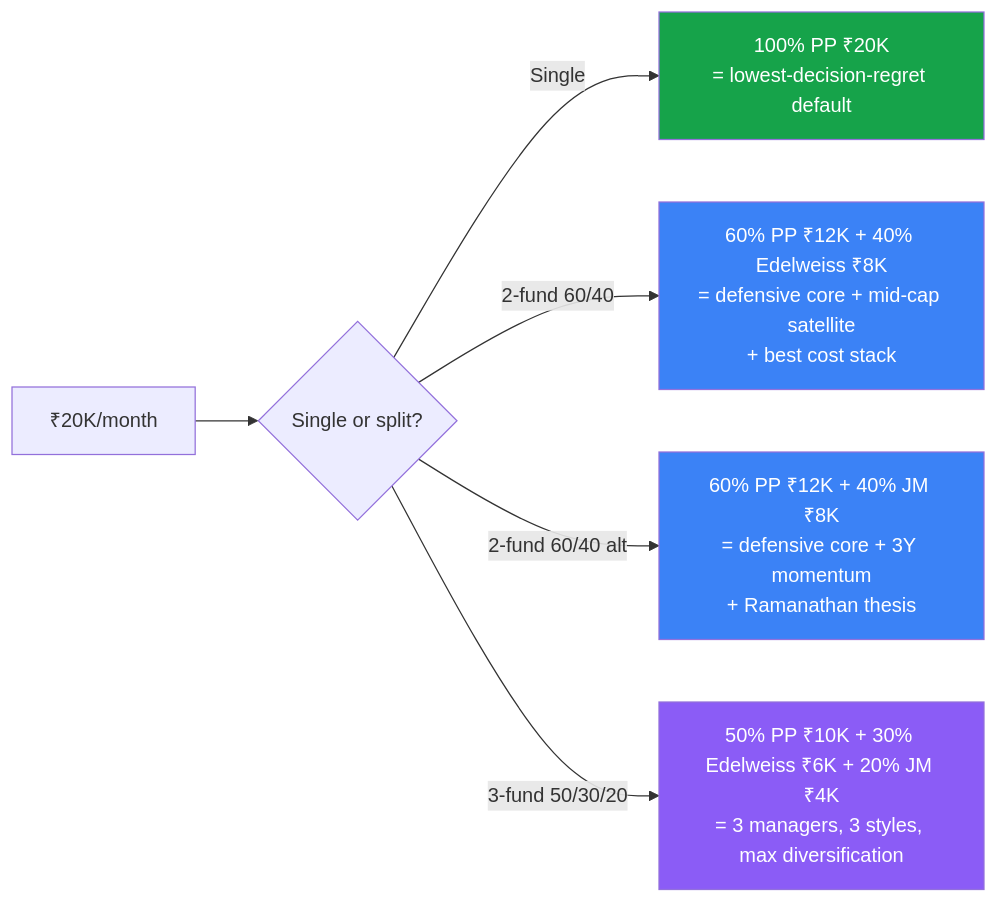
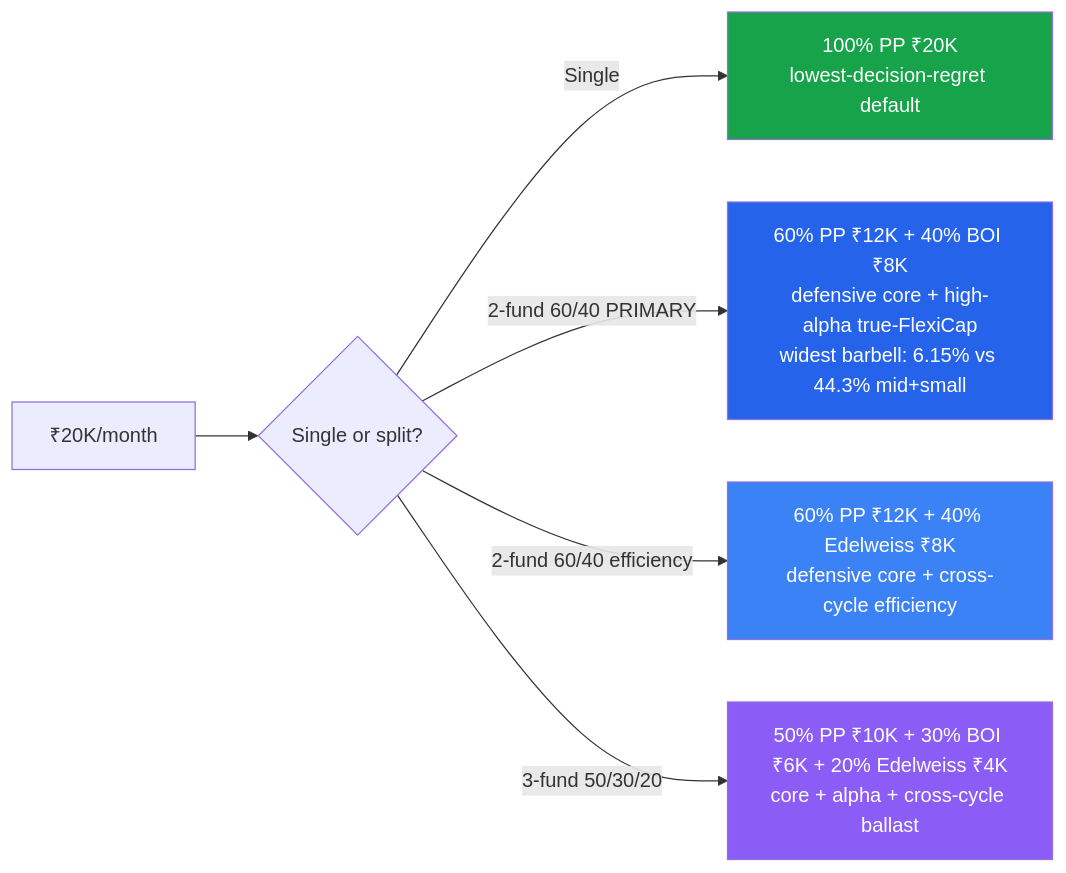
The fourth of 4 diagrams in Mutual Fund/FlexiCap/decision_tree.md (mayankutkarsh334/Investment), drawn with Mermaid before and after one commit. The commit also changed other lines of this file, not shown here.

First line of the commit message:
Refresh FlexiCap decision tree — integrate BOI as #2

````diff
--- a/Mutual Fund/FlexiCap/decision_tree.md
+++ b/Mutual Fund/FlexiCap/decision_tree.md
@@ -309,12 +294,12 @@
 ```mermaid
 flowchart LR
     A[₹20K/month] --> B{Single or split?}
-    B -->|Single| C[100% PP ₹20K<br/>= lowest-decision-regret default]
-    B -->|2-fund 60/40| D[60% PP ₹12K + 40% Edelweiss ₹8K<br/>= defensive core + mid-cap satellite<br/>+ best cost stack]
-    B -->|2-fund 60/40 alt| E[60% PP ₹12K + 40% JM ₹8K<br/>= defensive core + 3Y momentum<br/>+ Ramanathan thesis]
-    B -->|3-fund 50/30/20| F[50% PP ₹10K + 30% Edelweiss ₹6K + 20% JM ₹4K<br/>= 3 managers, 3 styles, max diversification]
+    B -->|Single| C[100% PP ₹20K<br/>lowest-decision-regret default]
+    B -->|2-fund 60/40 PRIMARY| D[60% PP ₹12K + 40% BOI ₹8K<br/>defensive core + high-alpha true-FlexiCap<br/>widest barbell: 6.15% vs 44.3% mid+small]
+    B -->|2-fund 60/40 efficiency| E[60% PP ₹12K + 40% Edelweiss ₹8K<br/>defensive core + cross-cycle efficiency]
+    B -->|3-fund 50/30/20| F[50% PP ₹10K + 30% BOI ₹6K + 20% Edelweiss ₹4K<br/>core + alpha + cross-cycle ballast]
     style C fill:#16a34a,color:#fff
-    style D fill:#3b82f6,color:#fff
+    style D fill:#2563eb,color:#fff
     style E fill:#3b82f6,color:#fff
     style F fill:#8b5cf6,color:#fff
 ```
````
